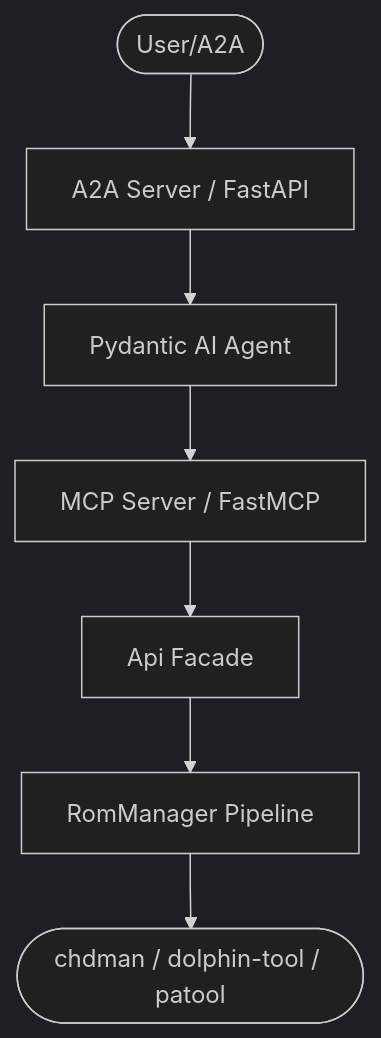
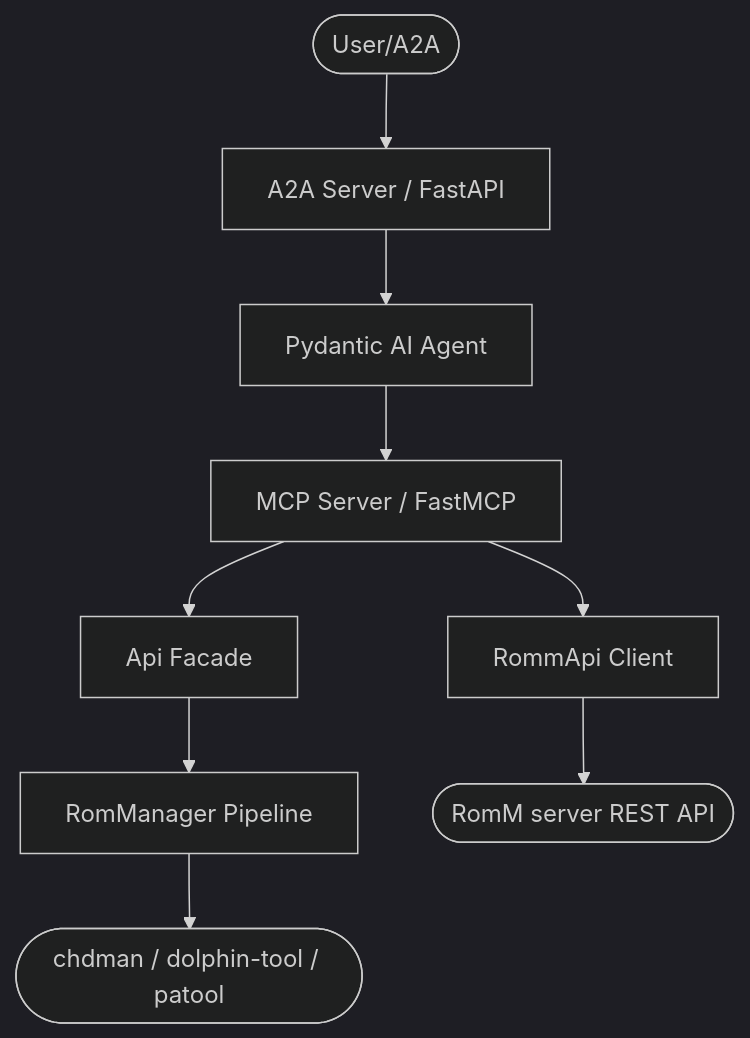
Before and after one commit to Knuckles-Team/rom-manager: the first of 2 diagrams in AGENTS.md, drawn with Mermaid (dark theme). The commit also changed other lines of this file and 37 other files, not shown here.

First line of the commit message:
feat(romm): add full RomM (romm.app) REST API client, CLI, and MCP tools

````diff
--- a/AGENTS.md
+++ b/AGENTS.md
@@ -20,9 +25,11 @@
 ```mermaid
 graph TD
     User([User/A2A]) --> Server[A2A Server / FastAPI]
     Server --> Agent[Pydantic AI Agent]
     Agent --> MCP[MCP Server / FastMCP]
     MCP --> Client[Api Facade]
+    MCP --> Romm[RommApi Client]
     Client --> Core[RomManager Pipeline]
     Core --> Bins([chdman / dolphin-tool / patool])
+    Romm --> RommSrv([RomM server REST API])
 ```
````
